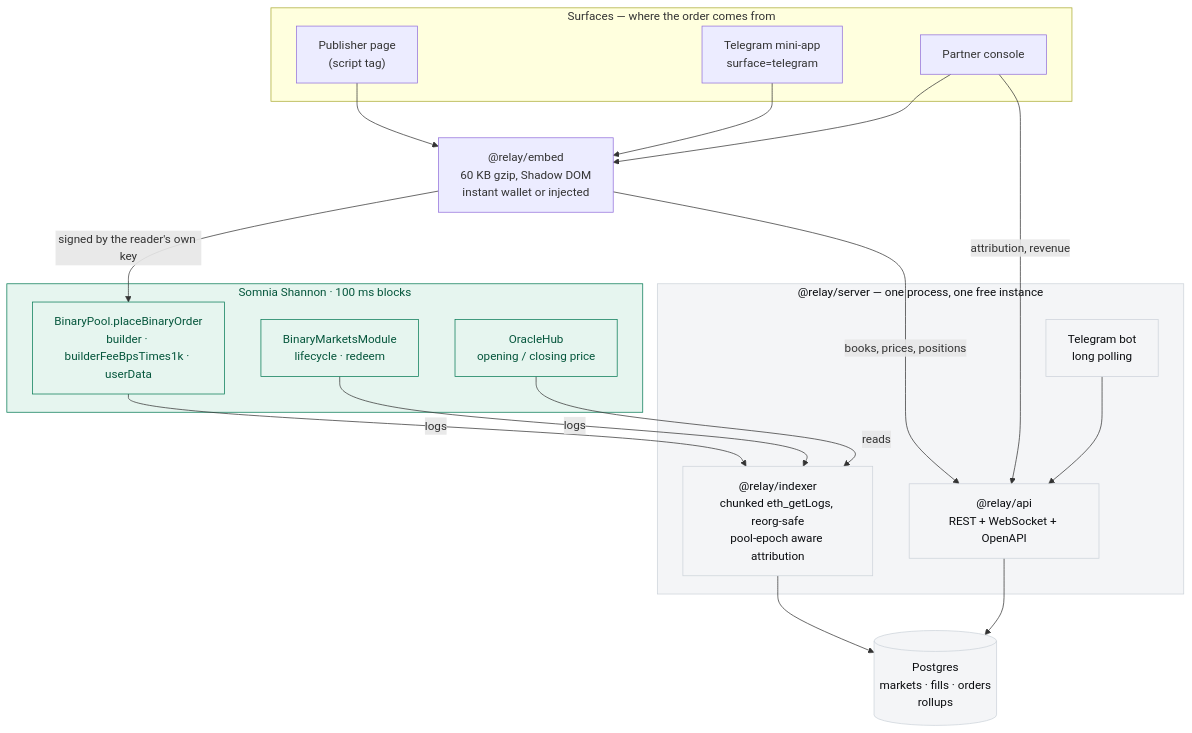
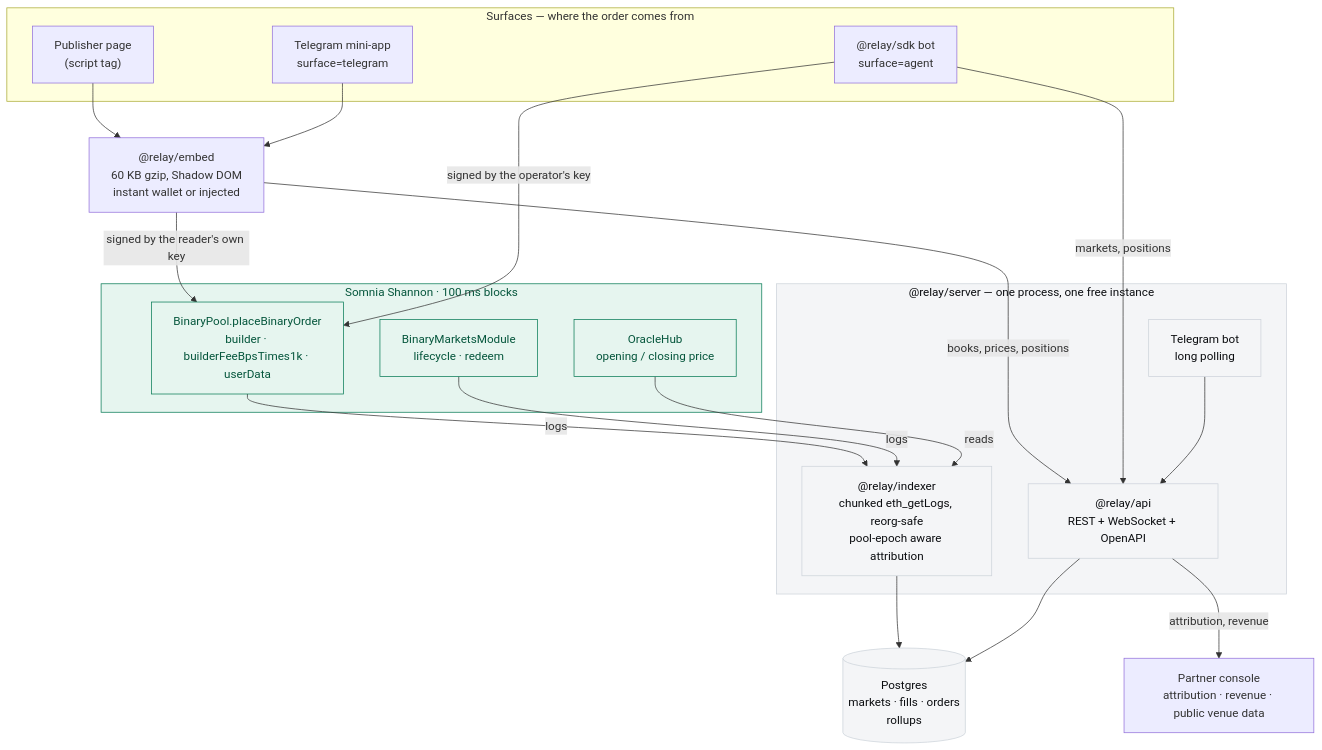
The diagram in README.md (SohamJuneja/relay), drawn with Mermaid before and after one commit. The commit also changed other lines of this file, not shown here.

````diff
--- a/README.md
+++ b/README.md
@@ -45,42 +129,44 @@
 ```mermaid
 flowchart TB
   subgraph surfaces["Surfaces — where the order comes from"]
     site["Publisher page<br/>(script tag)"]
     tg["Telegram mini-app<br/>surface=telegram"]
-    console["Partner console"]
+    agent["@relay/sdk bot<br/>surface=agent"]
   end
 
   widget["@relay/embed<br/>60 KB gzip, Shadow DOM<br/>instant wallet or injected"]
 
   subgraph chain["Somnia Shannon · 100 ms blocks"]
     pool["BinaryPool.placeBinaryOrder<br/>builder · builderFeeBpsTimes1k · userData"]
     module["BinaryMarketsModule<br/>lifecycle · redeem"]
     oracle["OracleHub<br/>opening / closing price"]
   end
 
   subgraph server["@relay/server — one process, one free instance"]
     indexer["@relay/indexer<br/>chunked eth_getLogs, reorg-safe<br/>pool-epoch aware attribution"]
     api["@relay/api<br/>REST + WebSocket + OpenAPI"]
     bot["Telegram bot<br/>long polling"]
   end
 
   db[("Postgres<br/>markets · fills · orders<br/>rollups")]
+  console["Partner console<br/>attribution · revenue · public venue data"]
 
   site --> widget
   tg --> widget
-  console --> widget
   widget -- "signed by the reader's own key" --> pool
+  agent -- "signed by the operator's key" --> pool
   pool -- logs --> indexer
   module -- logs --> indexer
   oracle -- reads --> indexer
   indexer --> db
   api --> db
   widget -- "books, prices, positions" --> api
-  console -- "attribution, revenue" --> api
+  agent -- "markets, positions" --> api
   bot --> api
+  api -- "attribution, revenue" --> console
 
   classDef c fill:#e6f5ef,stroke:#067a55,color:#05563c
   classDef s fill:#f4f5f7,stroke:#cdd3da,color:#0b0d10
   class chain,pool,module,oracle c
   class server,indexer,api,bot,db s
 ```
````
